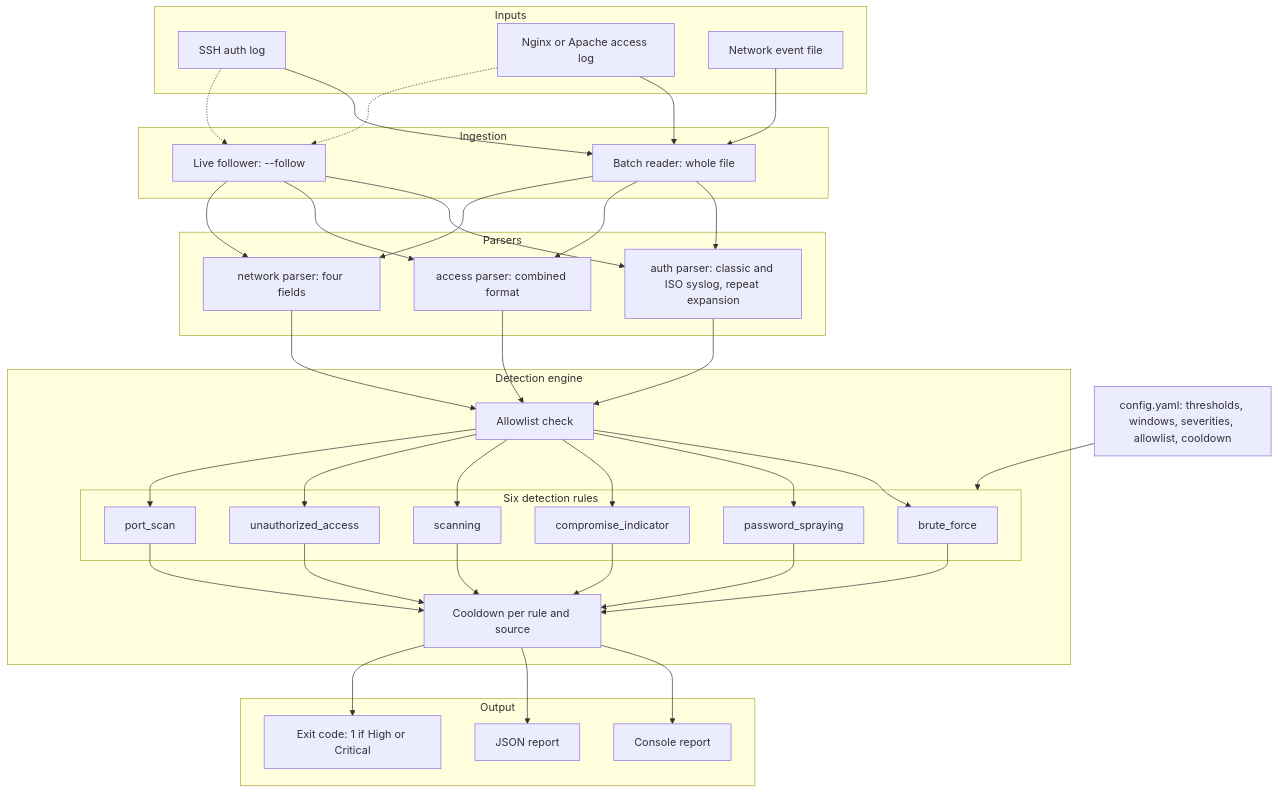
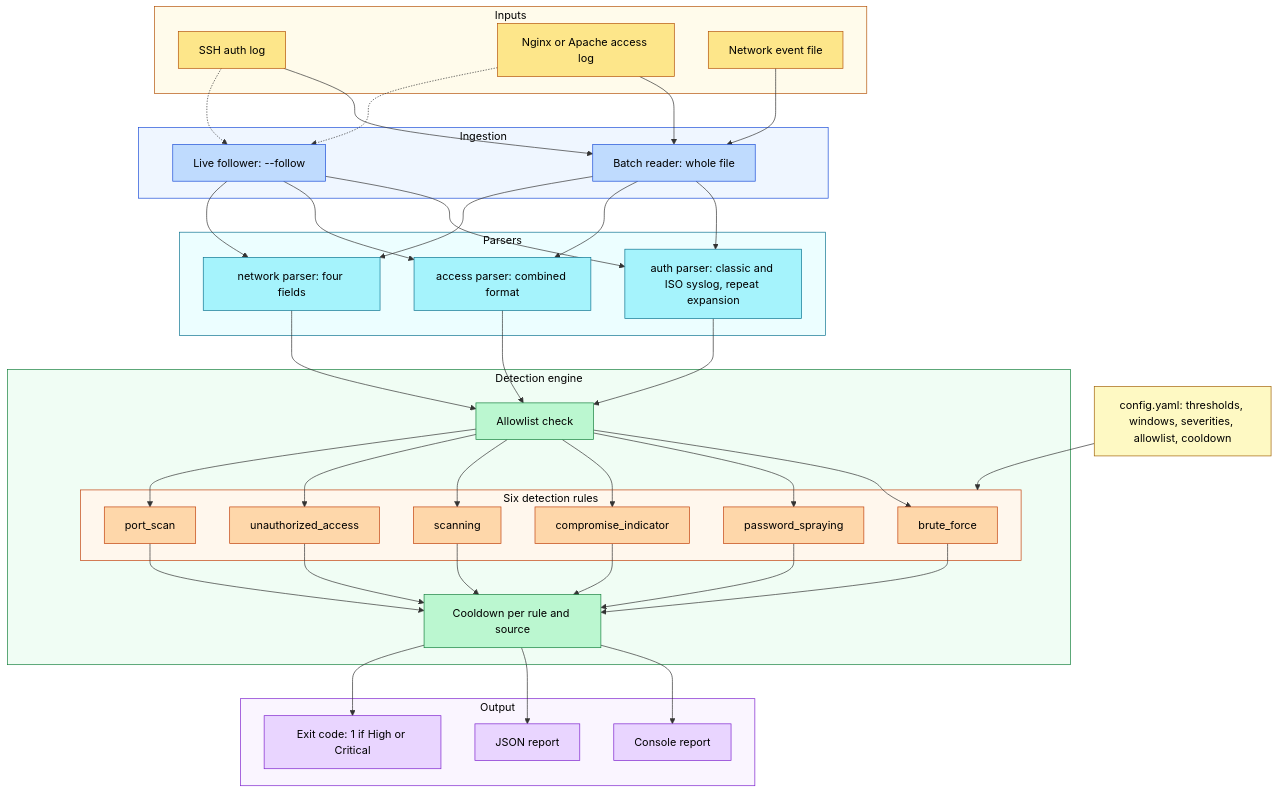
Before and after one commit to VLamani/log-based-ids: the diagram in docs/architecture.md, drawn with Mermaid.

Commit message:
Color architecture pipeline diagram

````diff
--- a/docs/architecture.md
+++ b/docs/architecture.md
@@ -72,4 +72,27 @@
   CD --> O1
   CD --> O2
   CD --> O3
+
+  classDef logfile fill:#fde68a,stroke:#b45309,color:#000
+  classDef ingest fill:#bfdbfe,stroke:#1d4ed8,color:#000
+  classDef parse fill:#a5f3fc,stroke:#0e7490,color:#000
+  classDef config fill:#fef9c3,stroke:#a16207,color:#000
+  classDef engine fill:#bbf7d0,stroke:#15803d,color:#000
+  classDef rule fill:#fed7aa,stroke:#c2410c,color:#000
+  classDef output fill:#e9d5ff,stroke:#7e22ce,color:#000
+
+  class L1,L2,L3 logfile
+  class BR,FW ingest
+  class P1,P2,P3 parse
+  class CFG config
+  class AL,CD engine
+  class R1,R2,R3,R4,R5,R6 rule
+  class O1,O2,O3 output
+
+  style IN fill:#fffbeb,stroke:#b45309,color:#000
+  style ING fill:#eff6ff,stroke:#1d4ed8,color:#000
+  style PARSE fill:#ecfeff,stroke:#0e7490,color:#000
+  style ENG fill:#f0fdf4,stroke:#15803d,color:#000
+  style RULES fill:#fff7ed,stroke:#c2410c,color:#000
+  style OUT fill:#faf5ff,stroke:#7e22ce,color:#000
 ```
````
